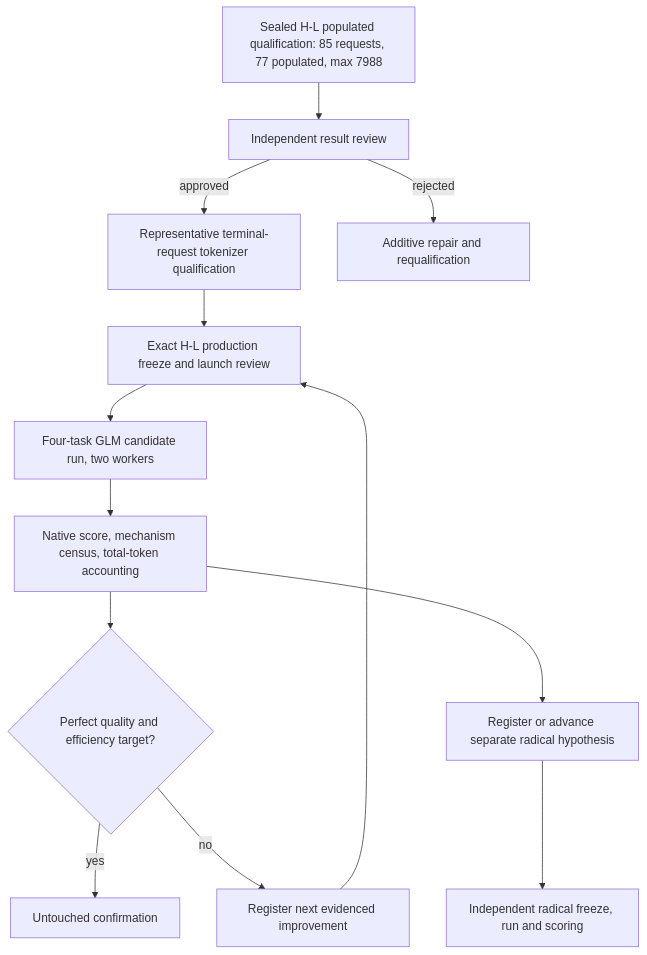
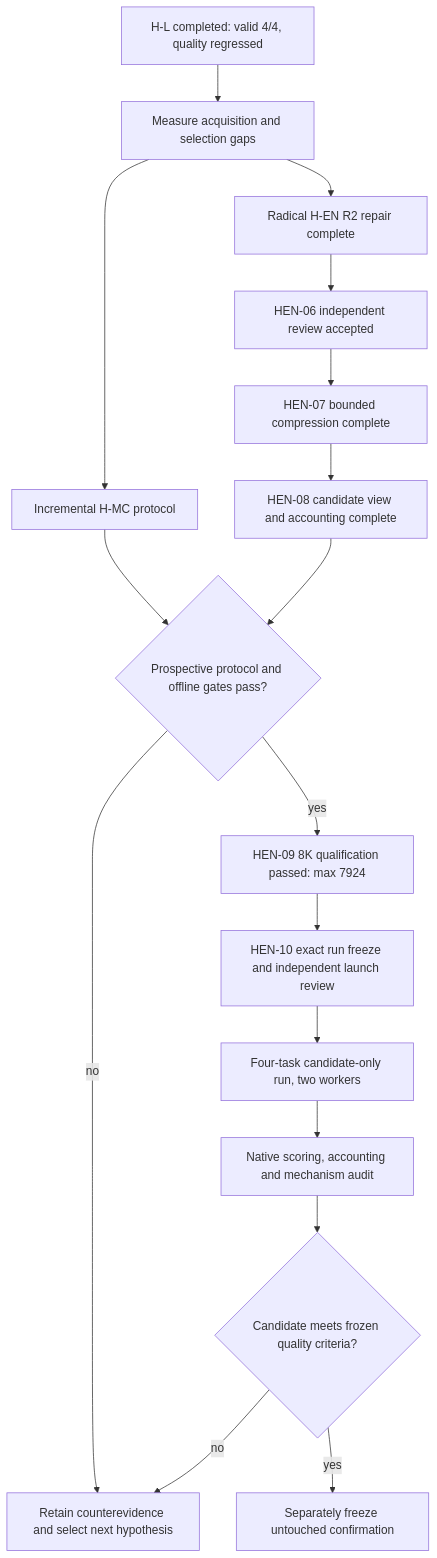
The diagram in development/agent-reasoning-engine/planning/representation-preferences/dual-benchmark-8k-v2/NEXT-DAG.md (vrondelli/cyberAlchemy-v2), drawn with Mermaid before and after one commit. The commit also changed other lines of this file and 8980 other files, not shown here.

````diff
--- a/development/agent-reasoning-engine/planning/representation-preferences/dual-benchmark-8k-v2/NEXT-DAG.md
+++ b/development/agent-reasoning-engine/planning/representation-preferences/dual-benchmark-8k-v2/NEXT-DAG.md
@@ -37,15 +378,19 @@
 ```mermaid
 flowchart TD
-    A[Sealed H-L populated qualification: 85 requests, 77 populated, max 7988] --> B[Independent result review]
-    B -->|approved| C[Representative terminal-request tokenizer qualification]
-    B -->|rejected| X[Additive repair and requalification]
-    C --> D[Exact H-L production freeze and launch review]
-    D --> E[Four-task GLM candidate run, two workers]
-    E --> F[Native score, mechanism census, total-token accounting]
-    F --> G{Perfect quality and efficiency target?}
-    G -->|yes| U[Untouched confirmation]
-    G -->|no| H[Register next evidenced improvement]
-    F --> R[Register or advance separate radical hypothesis]
-    H --> D
-    R --> J[Independent radical freeze, run and scoring]
+    A[H-L completed: valid 4/4, quality regressed] --> B[Measure acquisition and selection gaps]
+    B --> C[Incremental H-MC protocol]
+    B --> D[Radical H-EN R2 repair complete]
+    D --> R[HEN-06 independent review accepted]
+    R --> P[HEN-07 bounded compression complete]
+    P --> V[HEN-08 candidate view and accounting complete]
+    C --> E{Prospective protocol and offline gates pass?}
+    V --> E
+    E -->|no| F[Retain counterevidence and select next hypothesis]
+    E -->|yes| G[HEN-09 8K qualification passed: max 7924]
+    G --> H[HEN-10 exact run freeze and independent launch review]
+    H --> I[Four-task candidate-only run, two workers]
+    I --> J[Native scoring, accounting and mechanism audit]
+    J --> K{Candidate meets frozen quality criteria?}
+    K -->|no| F
+    K -->|yes| L[Separately freeze untouched confirmation]
 ```
````
